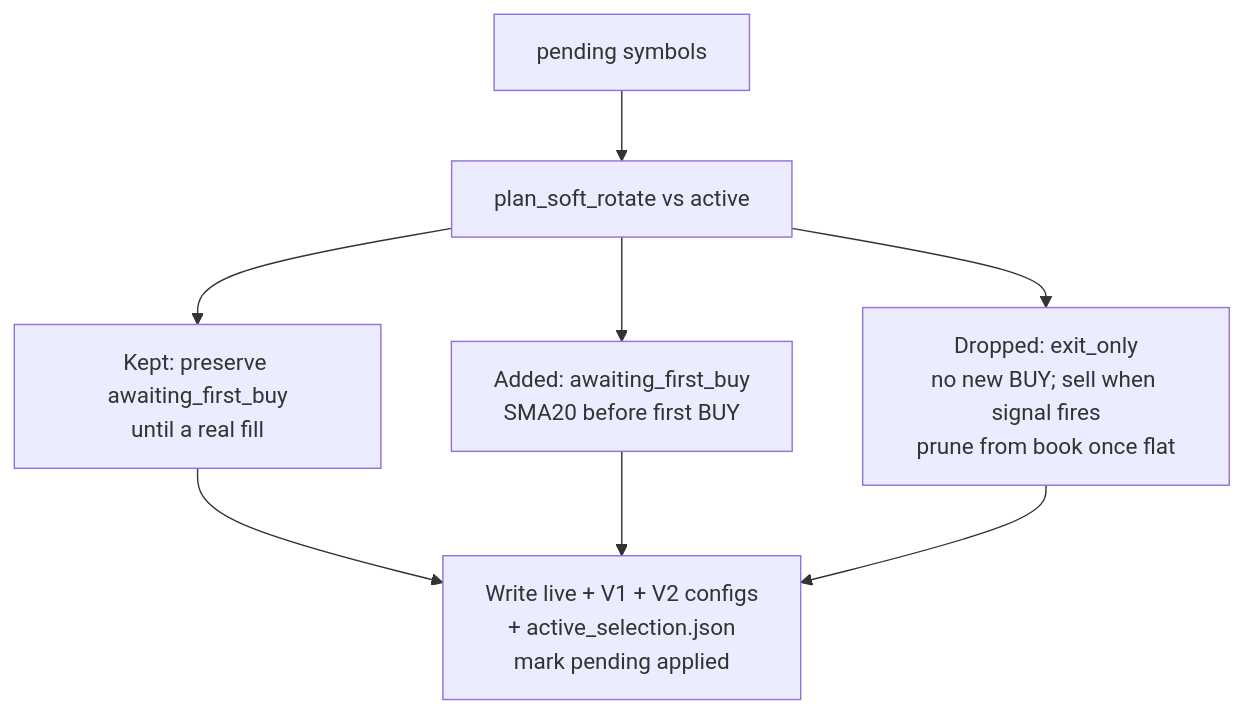
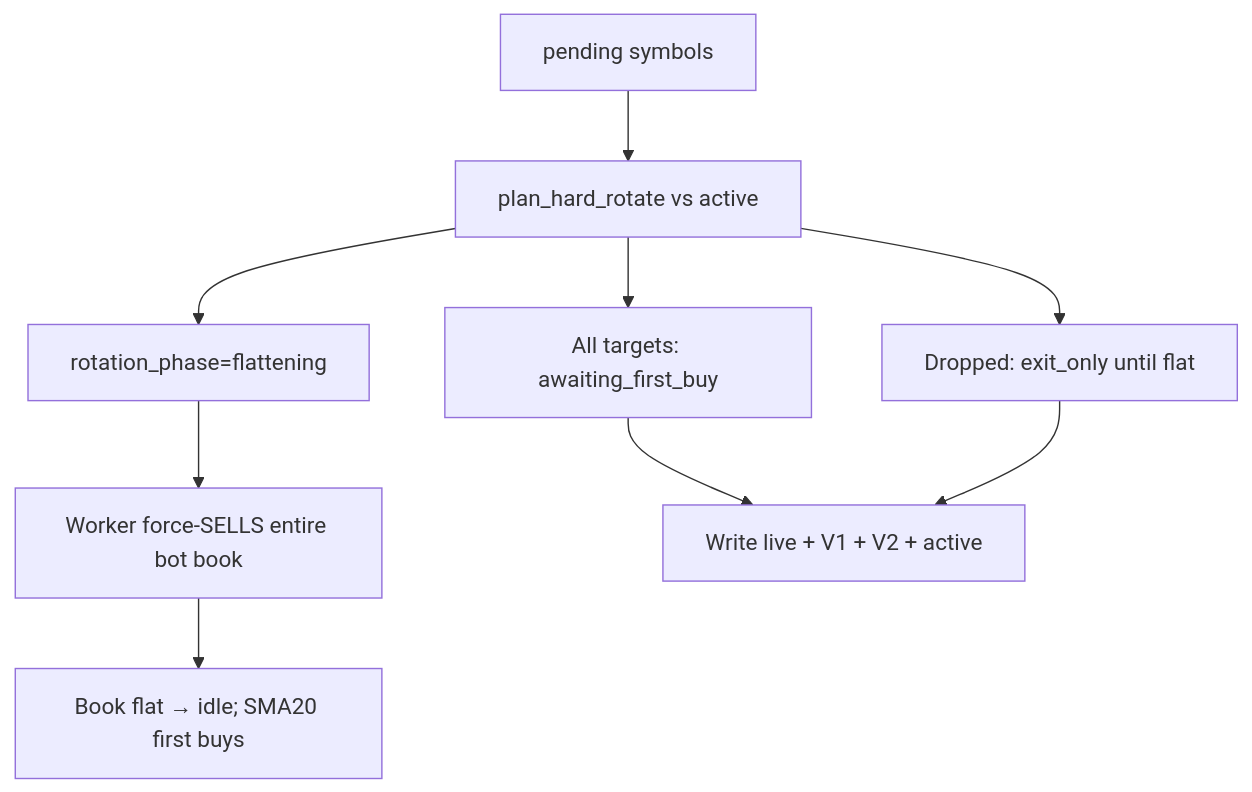
Before and after one commit to phungthien97/autonomous-trade-alerts: the sixth of 9 diagrams in docs/bot_architecture.md, drawn with Mermaid. The commit also changed other lines of this file and 11 other files, not shown here.

First line of the commit message:
Replace soft-rotate with hard rotate: flatten book, then buy new slate.

````diff
--- a/docs/bot_architecture.md
+++ b/docs/bot_architecture.md
@@ -205,10 +205,11 @@
 ```mermaid
 flowchart TD
-  P["pending symbols"] --> Diff["plan_soft_rotate vs active"]
-  Diff --> Keep["Kept: preserve awaiting_first_buy<br/>until a real fill"]
-  Diff --> Add["Added: awaiting_first_buy<br/>SMA20 before first BUY"]
-  Diff --> Drop["Dropped: exit_only<br/>no new BUY; sell when signal fires<br/>prune from book once flat"]
-  Keep --> Write["Write live + V1 + V2 configs<br/>+ active_selection.json<br/>mark pending applied"]
-  Add --> Write
+  P["pending symbols"] --> Diff["plan_hard_rotate vs active"]
+  Diff --> Target["All targets: awaiting_first_buy"]
+  Diff --> Drop["Dropped: exit_only until flat"]
+  Diff --> Phase["rotation_phase=flattening"]
+  Phase --> Flat["Worker force-SELLS entire bot book"]
+  Flat --> Enter["Book flat → idle; SMA20 first buys"]
+  Target --> Write["Write live + V1 + V2 + active"]
   Drop --> Write
 ```
````
